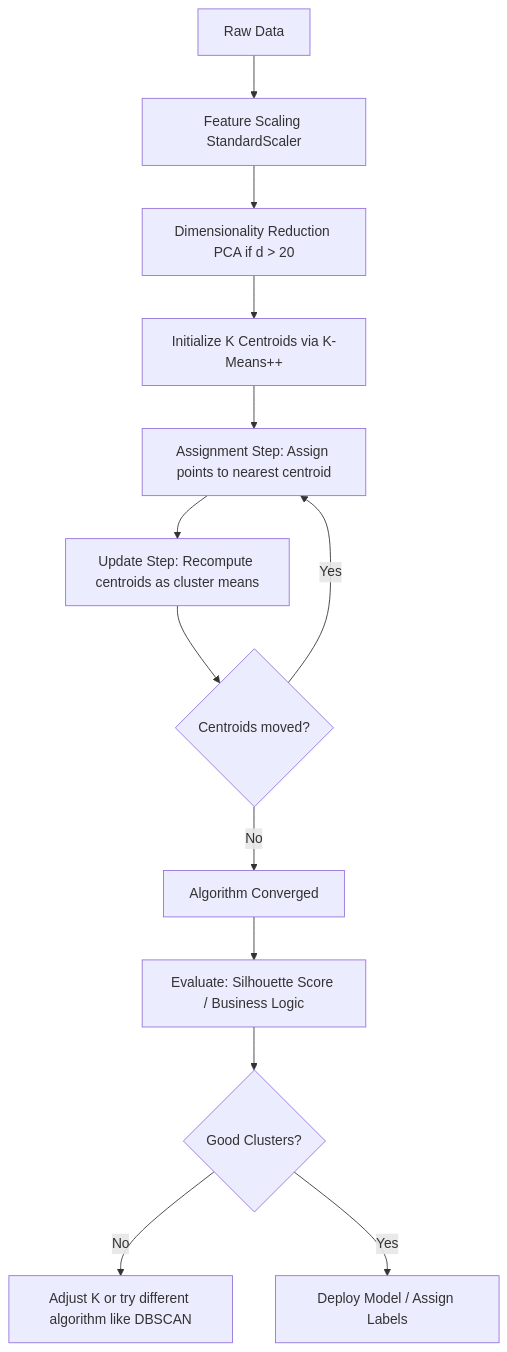
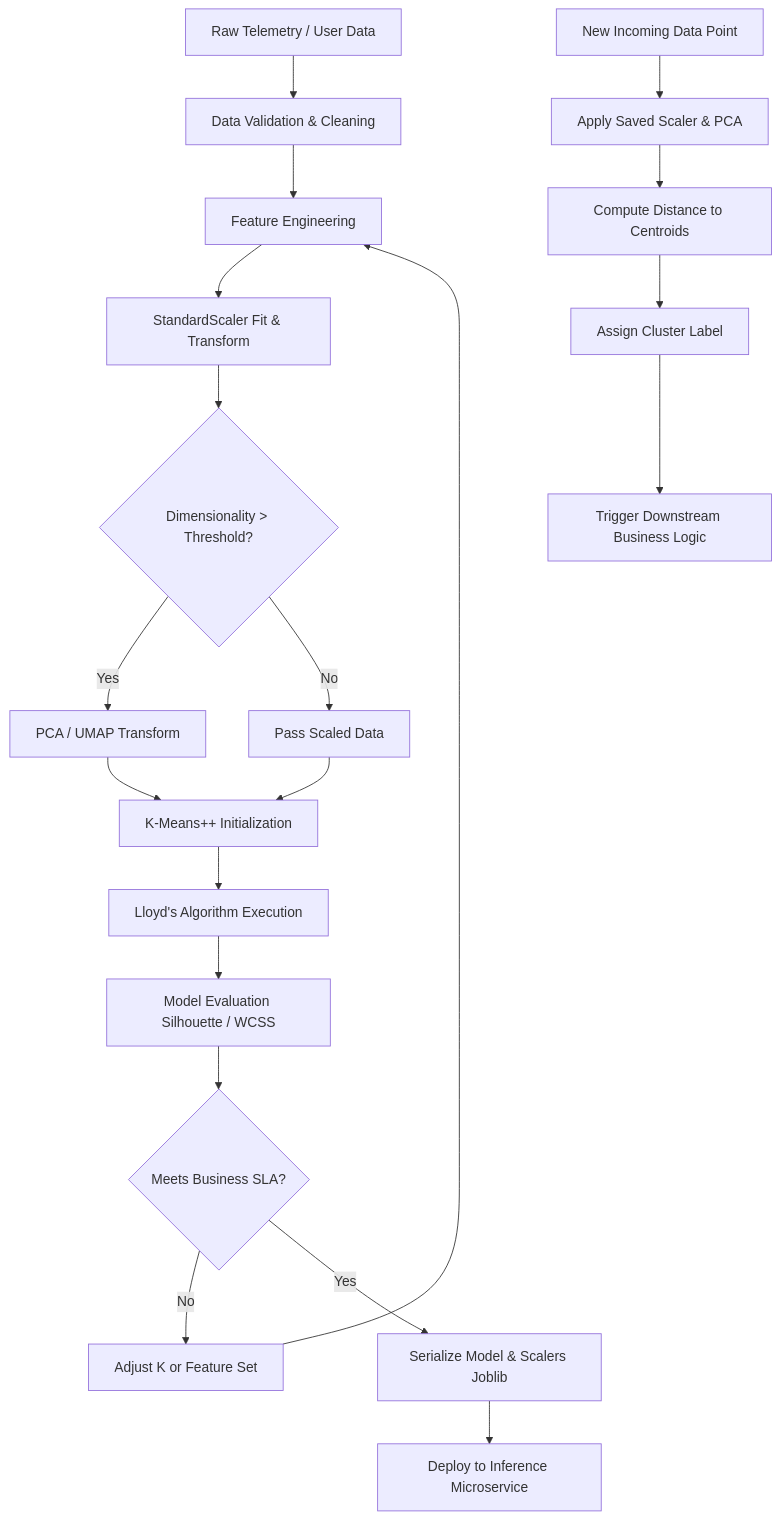
The diagram in Trimester 1/Statistical Modelling & Inferencing/W10 - Cluster Analysis/L1/K-Means Clustering.md (Balasubramanian-pg/MSC.-Data-Science-AI), drawn with Mermaid before and after one commit. The commit also changed other lines of this file, not shown here.

Commit message:
Update K-Means Clustering.md

````diff
--- a/Trimester 1/Statistical Modelling & Inferencing/W10 - Cluster Analysis/L1/K-Means Clustering.md
+++ b/Trimester 1/Statistical Modelling & Inferencing/W10 - Cluster Analysis/L1/K-Means Clustering.md
@@ -141,15 +240,23 @@
 ```mermaid
 flowchart TD
-    A[Raw Data] --> B[Feature Scaling StandardScaler]
-    B --> C[Dimensionality Reduction PCA if d > 20]
-    C --> D[Initialize K Centroids via K-Means++]
-    D --> E[Assignment Step: Assign points to nearest centroid]
-    E --> F[Update Step: Recompute centroids as cluster means]
-    F --> G{Centroids moved?}
-    G -->|Yes| E
-    G -->|No| H[Algorithm Converged]
-    H --> I[Evaluate: Silhouette Score / Business Logic]
-    I --> J{Good Clusters?}
-    J -->|No| K[Adjust K or try different algorithm like DBSCAN]
-    J -->|Yes| L[Deploy Model / Assign Labels]
+    A[Raw Telemetry / User Data] --> B[Data Validation & Cleaning]
+    B --> C[Feature Engineering]
+    C --> D[StandardScaler Fit & Transform]
+    D --> E{Dimensionality > Threshold?}
+    E -->|Yes| F[PCA / UMAP Transform]
+    E -->|No| G[Pass Scaled Data]
+    F --> H[K-Means++ Initialization]
+    G --> H
+    H --> I[Lloyd's Algorithm Execution]
+    I --> J[Model Evaluation Silhouette / WCSS]
+    J --> K{Meets Business SLA?}
+    K -->|No| L[Adjust K or Feature Set]
+    L --> C
+    K -->|Yes| M[Serialize Model & Scalers Joblib]
+    M --> N[Deploy to Inference Microservice]
+    
+    O[New Incoming Data Point] --> P[Apply Saved Scaler & PCA]
+    P --> Q[Compute Distance to Centroids]
+    Q --> R[Assign Cluster Label]
+    R --> S[Trigger Downstream Business Logic]
 ```
````
